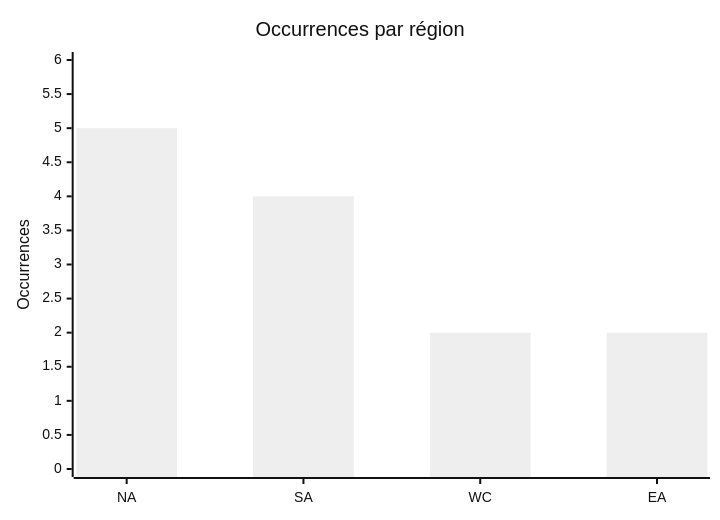
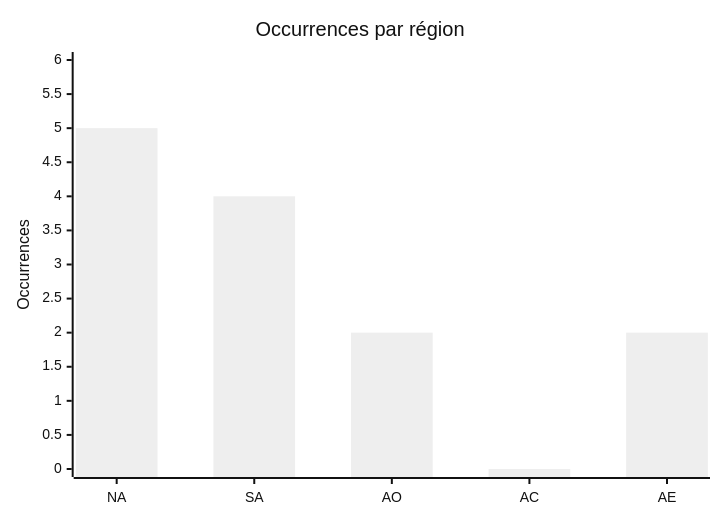
The fourth of 6 diagrams in CyberAttackAfrica/2025/08-august/README_FR.md (Hatchepsoute/AFRINTEL), drawn with Mermaid (neutral theme) before and after one commit. The commit also changed other lines of this file and 109 other files, not shown here.

````diff
--- a/CyberAttackAfrica/2025/08-august/README_FR.md
+++ b/CyberAttackAfrica/2025/08-august/README_FR.md
@@ -130,7 +131,7 @@
 ```mermaid
 xychart
     title "Occurrences par région"
-    x-axis ["NA","SA","WC","EA"]
+    x-axis ["NA","SA","AO","AC","AE"]
     y-axis "Occurrences" 0 --> 6
-    bar [5,4,2,2]
+    bar [5,4,2,0,2]
 ```
````
